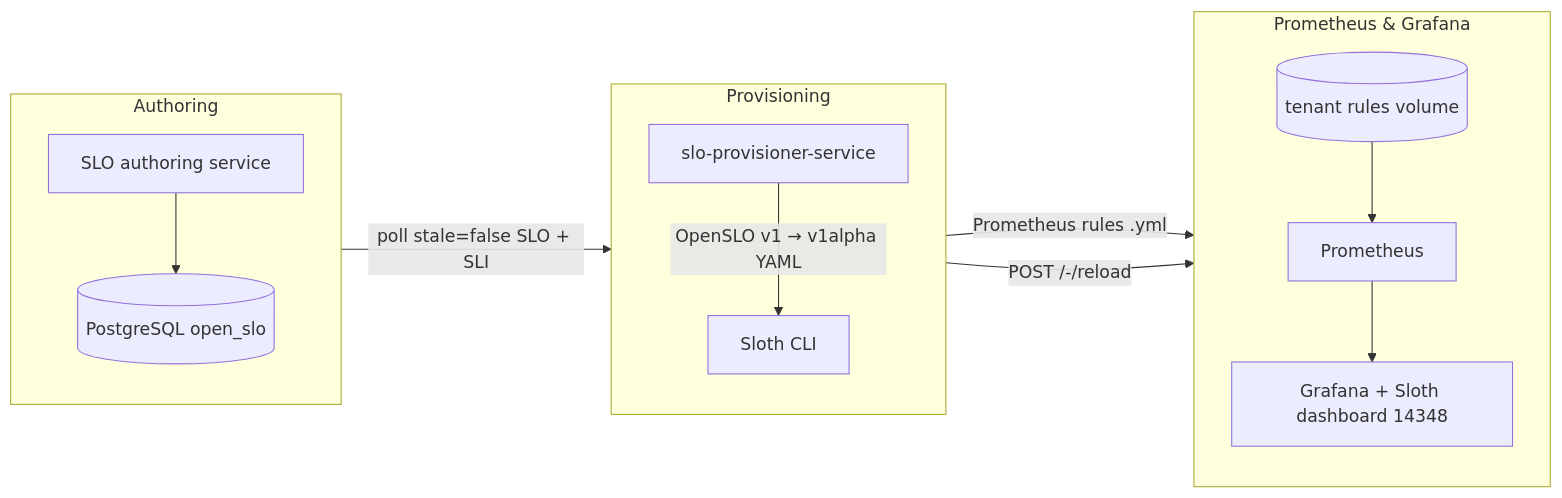
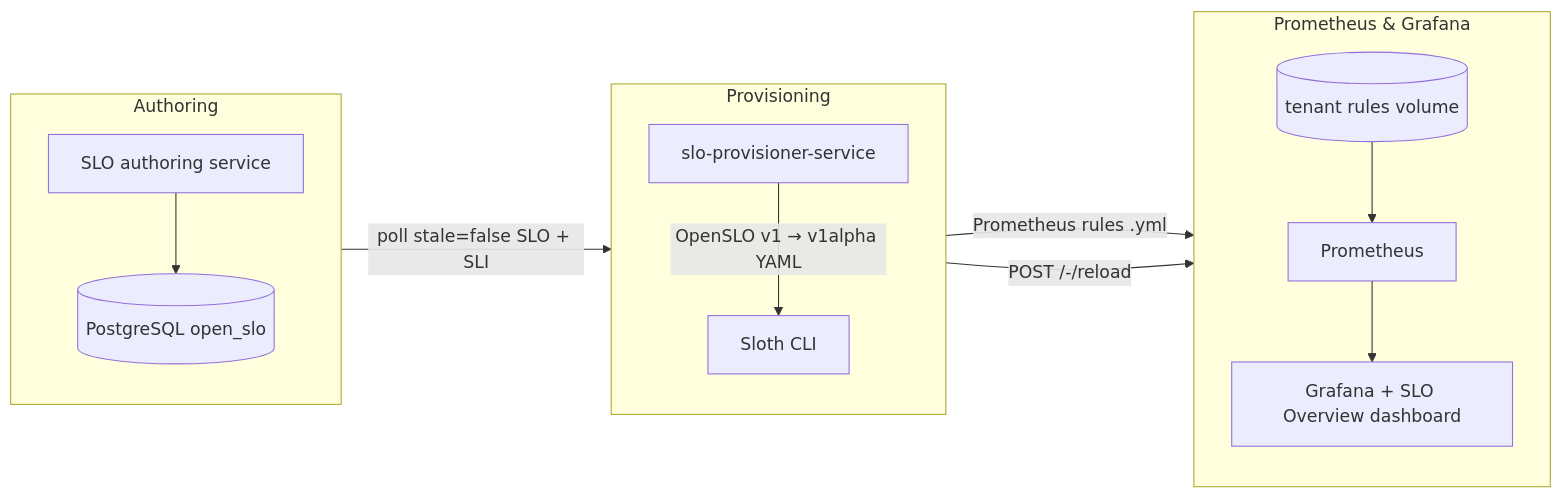
One commit to sanjuthomas/observability-mesh changed the third of 3 diagrams in README.md. Above: the diagram before and after it, drawn with Mermaid. The commit also changed other lines of this file and 3 other files, not shown here.

First line of the commit message:
Provision Grafana SLO Overview dashboard from Sloth metrics.

````diff
--- a/README.md
+++ b/README.md
@@ -110,29 +111,29 @@
 ```mermaid
 flowchart LR
     subgraph Authoring[Authoring]
         direction TB
         SloAuth[SLO authoring service]
         Postgres[(PostgreSQL open_slo)]
     end
 
     subgraph Provisioning[Provisioning]
         direction TB
         Prov[slo-provisioner-service]
         Sloth[Sloth CLI]
     end
 
     subgraph Metrics[Prometheus & Grafana]
         direction TB        
-        Grafana[Grafana + Sloth dashboard 14348]
+        Grafana[Grafana + SLO Overview dashboard]
         Prom[Prometheus]
         Rules[(tenant rules volume)]
     end
 
     SloAuth --> Postgres
     Postgres -->|poll stale=false SLO + SLI| Prov
     Prov -->|OpenSLO v1 → v1alpha YAML| Sloth
     Sloth -->|Prometheus rules .yml| Rules
     Rules --> Prom
     Prov -->|POST /-/reload| Prom
     Prom --> Grafana
 ```
````
